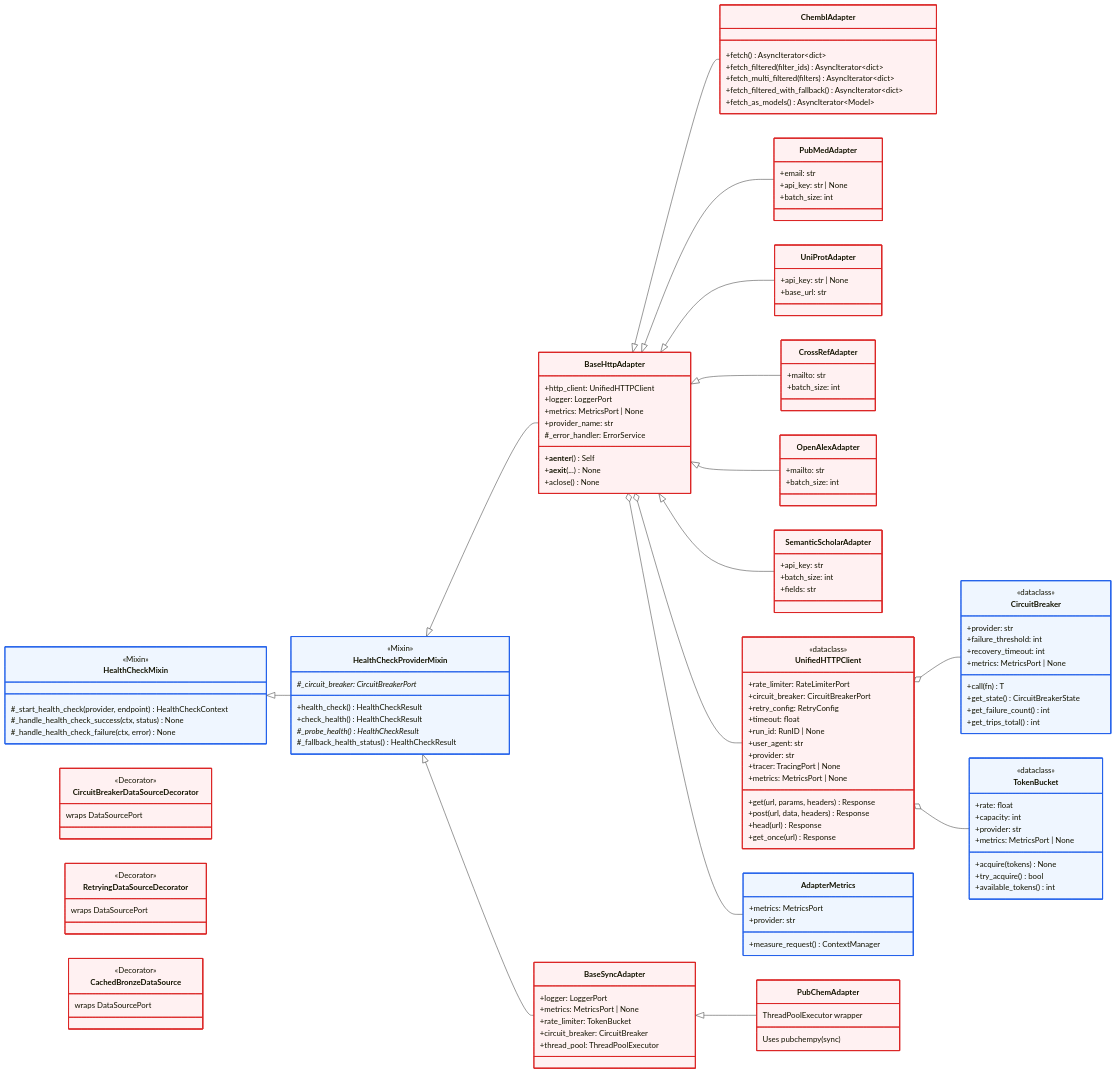
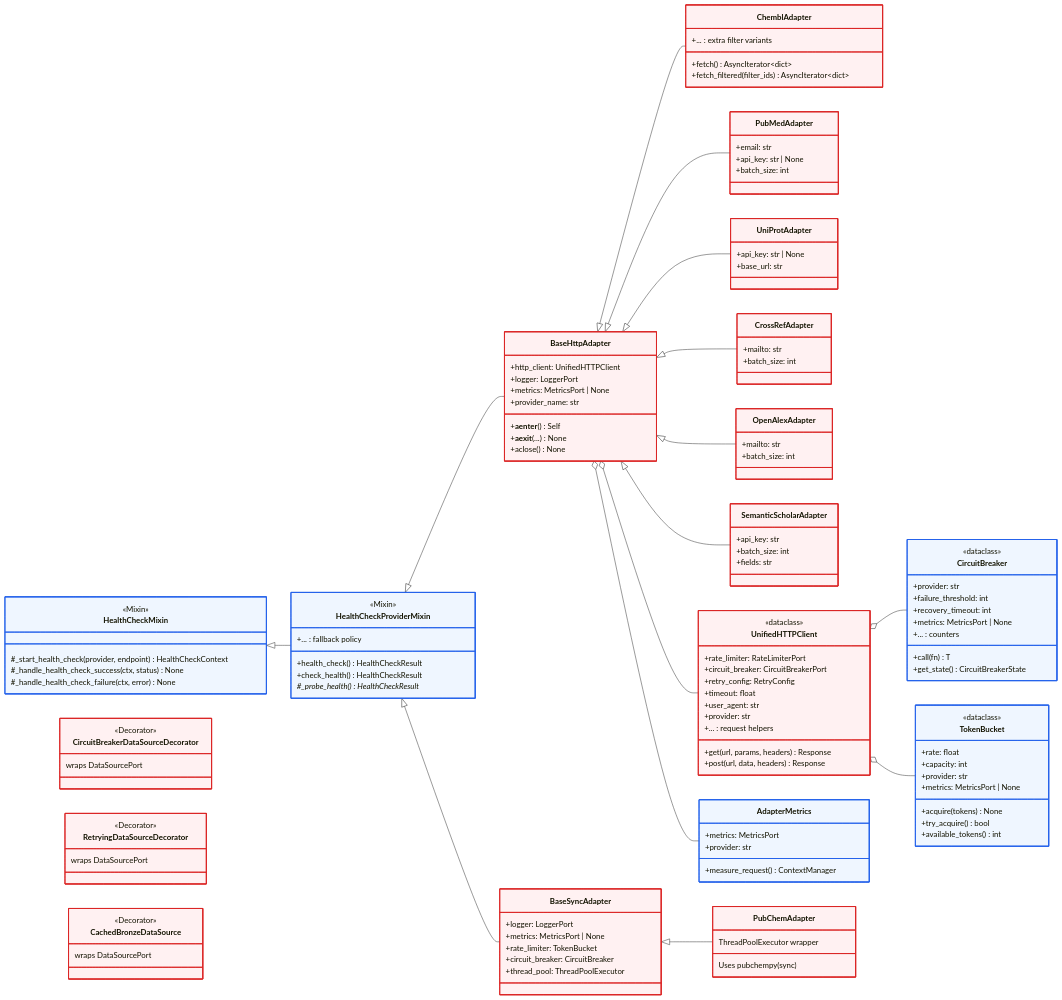
The diagram in docs/02-architecture/mmd-diagrams/class-diagrams/10-adapters.mmd (SatoryKono/BioactivityDataAcquisition), drawn with Mermaid before and after one commit. The commit also changed 2 other files, not shown here.

```diff
--- a/docs/02-architecture/mmd-diagrams/class-diagrams/10-adapters.mmd
+++ b/docs/02-architecture/mmd-diagrams/class-diagrams/10-adapters.mmd
@@ -34,8 +34,7 @@
         +health_check() HealthCheckResult
         +check_health() HealthCheckResult
         #_probe_health()* HealthCheckResult
-        #_fallback_health_status() HealthCheckResult
-        #_circuit_breaker: CircuitBreakerPort*
+        +... : fallback policy
     }
 
     class BaseHttpAdapter {
@@ -43,16 +42,10 @@
         +logger: LoggerPort
         +metrics: MetricsPort | None
         +provider_name: str
-        #_error_handler: ErrorService
         +__aenter__() Self
         +__aexit__(...) None
         +aclose() None
-        
-        
-        
-        
-        
-        
+
     }
 
     class BaseSyncAdapter {
@@ -61,15 +54,7 @@
         +rate_limiter: TokenBucket
         +circuit_breaker: CircuitBreaker
         +thread_pool: ThreadPoolExecutor
-        
-        
-        
-        
-        
-        
-        
-        
-        
+
     }
 
     class UnifiedHTTPClient {
@@ -78,23 +63,17 @@
         +circuit_breaker: CircuitBreakerPort
         +retry_config: RetryConfig
         +timeout: float
-        +run_id: RunID | None
         +user_agent: str
         +provider: str
-        +tracer: TracingPort | None
-        +metrics: MetricsPort | None
         +get(url, params, headers) Response
         +post(url, data, headers) Response
-        +head(url) Response
-        +get_once(url) Response
+        +... : request helpers
     }
 
     class ChemblAdapter {
         +fetch() AsyncIterator~dict~
         +fetch_filtered(filter_ids) AsyncIterator~dict~
-        +fetch_multi_filtered(filters) AsyncIterator~dict~
-        +fetch_filtered_with_fallback() AsyncIterator~dict~
-        +fetch_as_models() AsyncIterator~Model~
+        +... : extra filter variants
     }
 
     class PubMedAdapter {
@@ -153,8 +132,7 @@
         +metrics: MetricsPort | None
         +call(fn) T
         +get_state() CircuitBreakerState
-        +get_failure_count() int
-        +get_trips_total() int
+        +... : counters
     }
 
     class TokenBucket {
```
